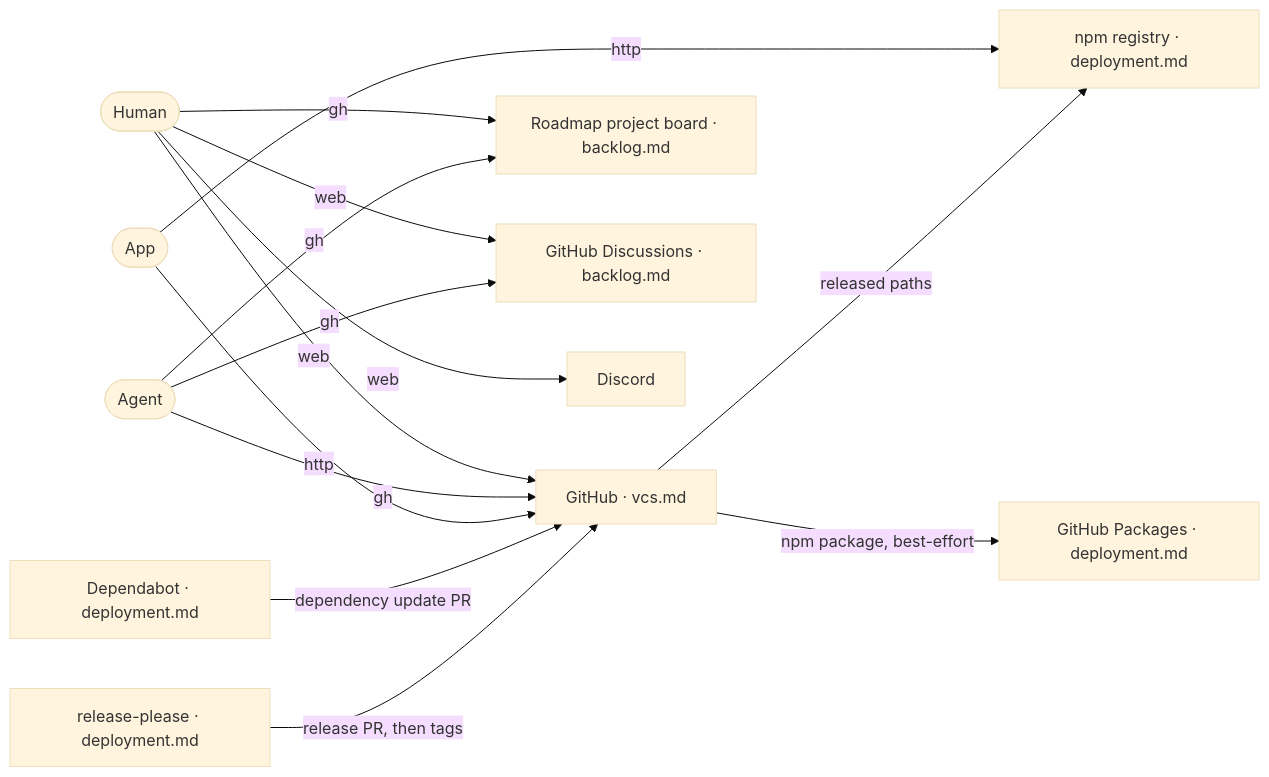
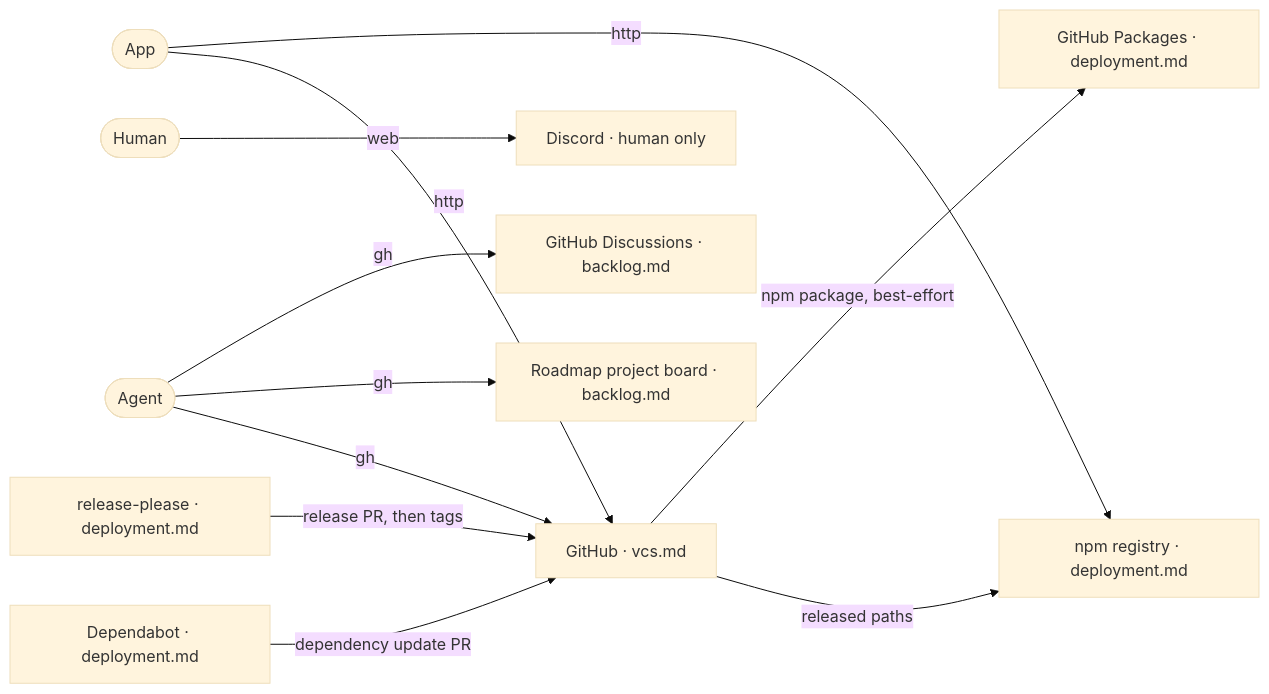
The diagram in aidd_docs/memory/ecosystem.md (ai-driven-dev/framework), drawn with Mermaid (base theme) before and after one commit. The commit also changed 1 other file, not shown here.

Commit message:
docs(aidd-context): drop the human edges the ecosystem rules drop

````diff
--- a/aidd_docs/memory/ecosystem.md
+++ b/aidd_docs/memory/ecosystem.md
@@ -3,29 +3,26 @@
 ```mermaid
 flowchart LR
   Human([Human])
   Agent([Agent])
   App([App])
   GitHub["GitHub · vcs.md"]
   Board["Roadmap project board · backlog.md"]
   Discussions["GitHub Discussions · backlog.md"]
   Npm["npm registry · deployment.md"]
   Packages["GitHub Packages · deployment.md"]
-  Discord["Discord"]
+  Discord["Discord · human only"]
   ReleasePlease["release-please · deployment.md"]
   Dependabot["Dependabot · deployment.md"]
 
-  Human -- web --> GitHub
-  Human -- gh --> Board
-  Human -- web --> Discussions
   Human -- web --> Discord
   Agent -- gh --> GitHub
   Agent -- gh --> Board
   Agent -- gh --> Discussions
   App -- http --> GitHub
   App -- http --> Npm
 
   Dependabot -- "dependency update PR" --> GitHub
   ReleasePlease -- "release PR, then tags" --> GitHub
   GitHub -- "released paths" --> Npm
   GitHub -- "npm package, best-effort" --> Packages
 ```
````
